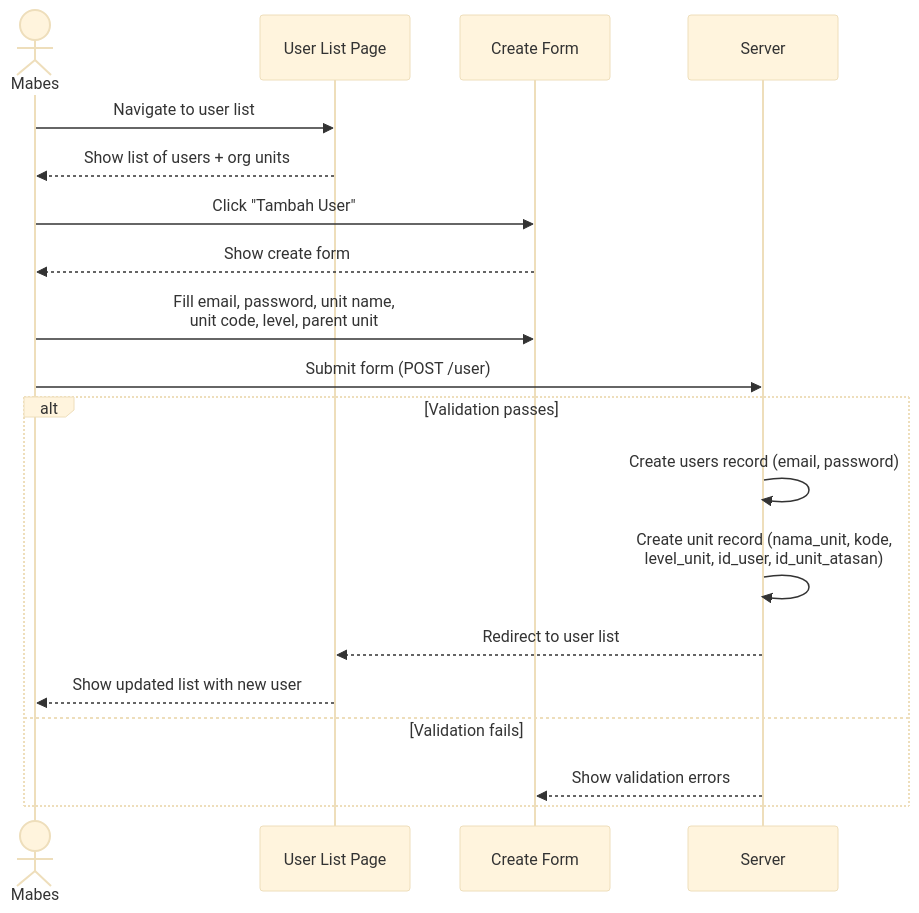
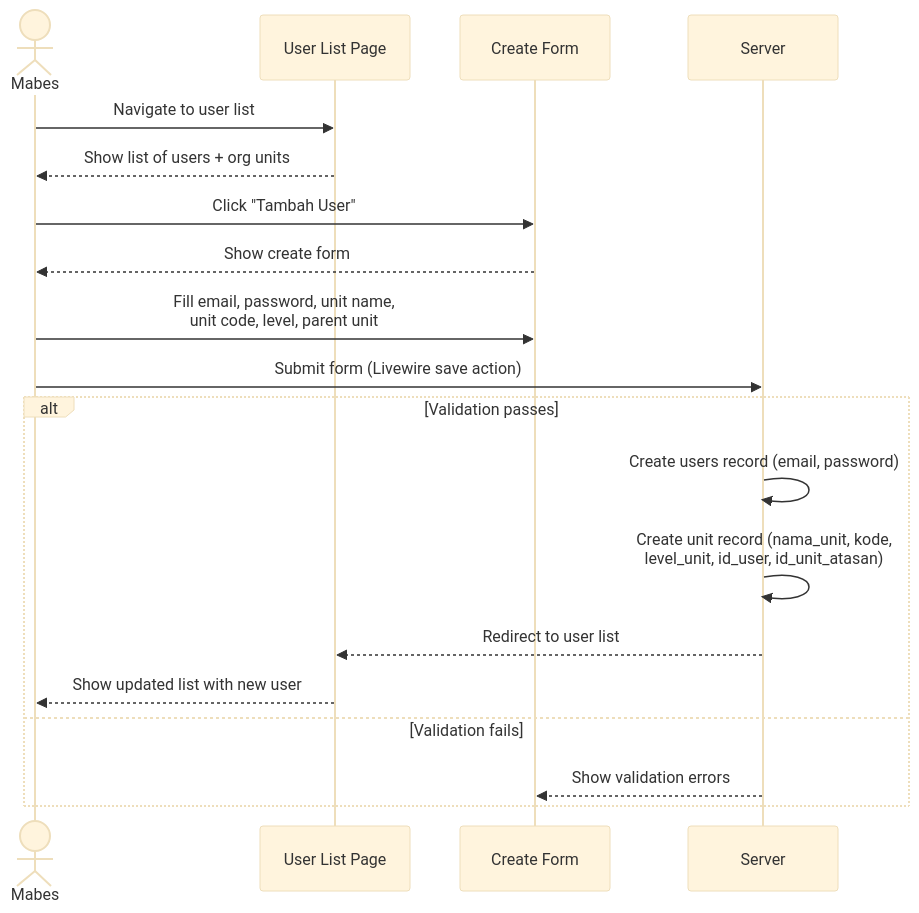
One commit to lamaccatech/e-hibah-polri changed the first of 4 diagrams in specs/features/user-management.md. Above: the diagram before and after it, drawn with Mermaid (base theme). The commit also changed other lines of this file and 7 other files, not shown here.

````diff
--- a/specs/features/user-management.md
+++ b/specs/features/user-management.md
@@ -41,23 +43,23 @@
 ```mermaid
 sequenceDiagram
     actor M as Mabes
     participant UI as User List Page
     participant F as Create Form
     participant S as Server
 
     M->>UI: Navigate to user list
     UI-->>M: Show list of users + org units
     M->>F: Click "Tambah User"
     F-->>M: Show create form
     M->>F: Fill email, password, unit name,<br/>unit code, level, parent unit
-    M->>S: Submit form (POST /user)
+    M->>S: Submit form (Livewire save action)
 
     alt Validation passes
         S->>S: Create users record (email, password)
         S->>S: Create unit record (nama_unit, kode,<br/>level_unit, id_user, id_unit_atasan)
         S-->>UI: Redirect to user list
         UI-->>M: Show updated list with new user
     else Validation fails
         S-->>F: Show validation errors
     end
 ```
````
